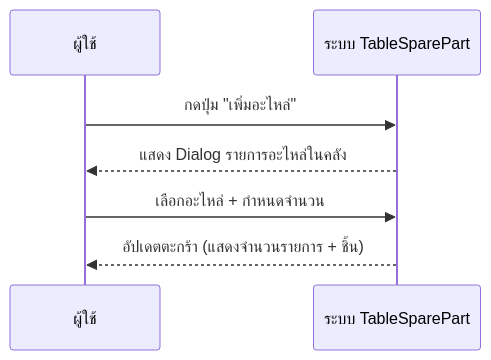
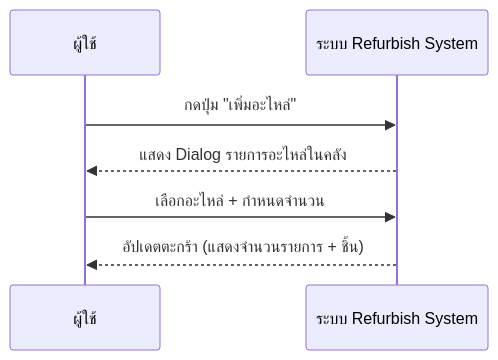
The second of 5 diagrams in docs/TableSparePart_SequenceDiagram.md (akkdach/pro-iot-mobile), drawn with Mermaid before and after one commit. The commit also changed other lines of this file and 10 other files, not shown here.

````diff
--- a/docs/TableSparePart_SequenceDiagram.md
+++ b/docs/TableSparePart_SequenceDiagram.md
@@ -27,10 +27,10 @@
 ```mermaid
 sequenceDiagram
     participant U as ผู้ใช้
-    participant SP as ระบบ TableSparePart
+    participant SP as ระบบ Refurbish System
 
     U->>SP: กดปุ่ม "เพิ่มอะไหล่"
     SP-->>U: แสดง Dialog รายการอะไหล่ในคลัง
     U->>SP: เลือกอะไหล่ + กำหนดจำนวน
     SP-->>U: อัปเดตตะกร้า (แสดงจำนวนรายการ + ชิ้น)
 ```
````
